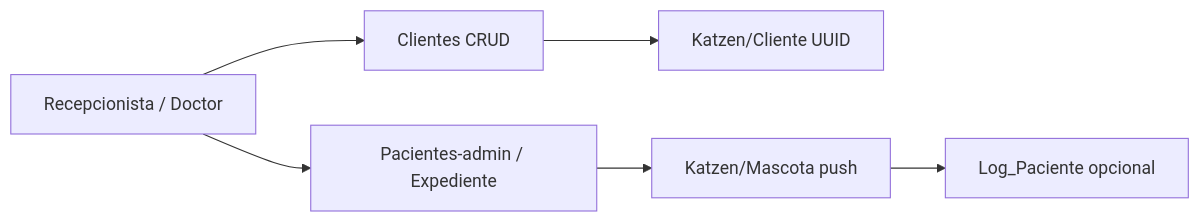
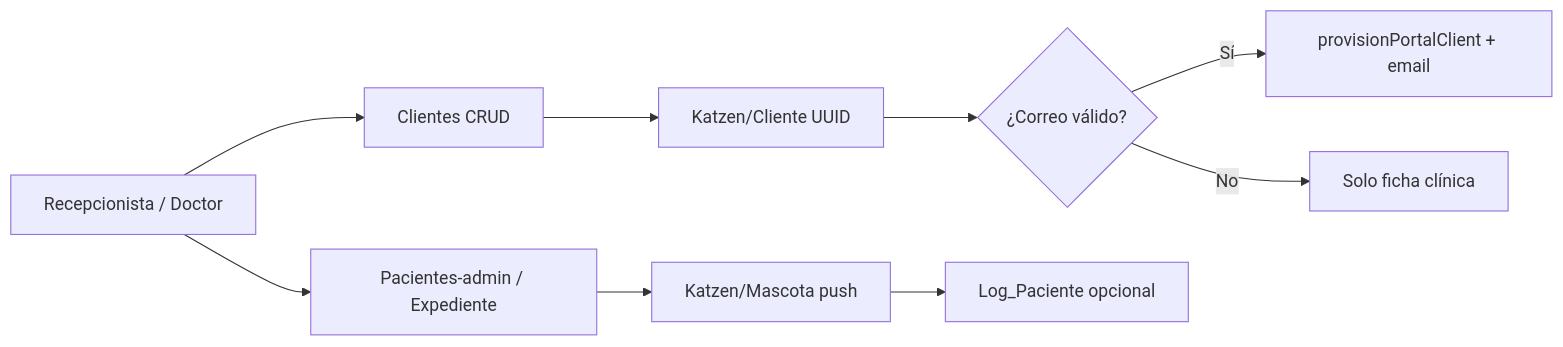
Before and after one commit to luis09157/KatzenWebAngular: the second of 5 diagrams in specs/memory/domain-context.md, drawn with Mermaid. The commit also changed other lines of this file and 9 other files, not shown here.

````diff
--- a/specs/memory/domain-context.md
+++ b/specs/memory/domain-context.md
@@ -382,8 +383,11 @@
 ```mermaid
 flowchart LR
     A[Recepcionista / Doctor] --> B[Clientes CRUD]
     B --> C[Katzen/Cliente UUID]
+    C --> P{¿Correo válido?}
+    P -->|Sí| Q[provisionPortalClient + email]
+    P -->|No| R[Solo ficha clínica]
     A --> D[Pacientes-admin / Expediente]
     D --> E[Katzen/Mascota push]
     E --> F[Log_Paciente opcional]
 ```
````
